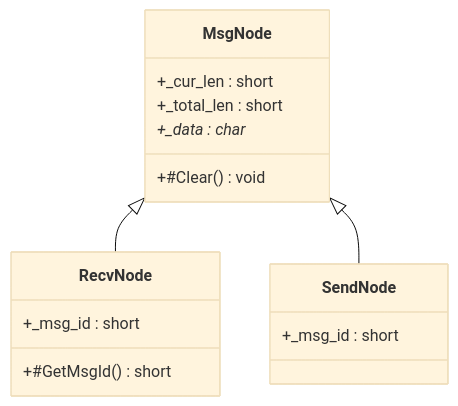
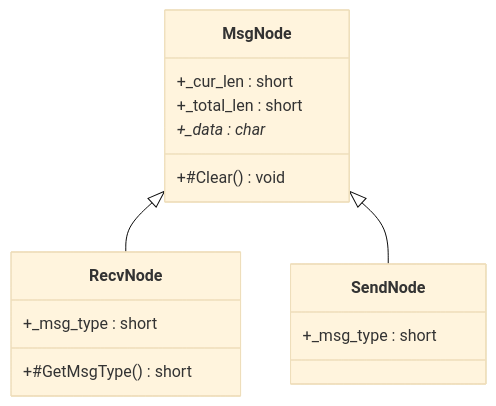
The fourth of 9 diagrams in .qoder/repowiki/zh/content/核心功能模块/聊天消息系统/消息类型系统.md (echo9923/mychatter), drawn with Mermaid (base theme) before and after one commit. The commit also changed other lines of this file and 128 other files, not shown here.

First line of the commit message:
refactor(protocol): TCP 帧头消息类型 msg_id 全局改名为 msg_type

````diff
--- a/.qoder/repowiki/zh/content/核心功能模块/聊天消息系统/消息类型系统.md
+++ b/.qoder/repowiki/zh/content/核心功能模块/聊天消息系统/消息类型系统.md
@@ -216,18 +216,18 @@
 ```mermaid
 classDiagram
 class MsgNode {
 +#Clear() void
 +_cur_len : short
 +_total_len : short
 +_data : char*
 }
 class RecvNode {
-+#GetMsgId() short
-+_msg_id : short
++#GetMsgType() short
++_msg_type : short
 }
 class SendNode {
-+_msg_id : short
++_msg_type : short
 }
 MsgNode <|-- RecvNode
 MsgNode <|-- SendNode
 ```
````
